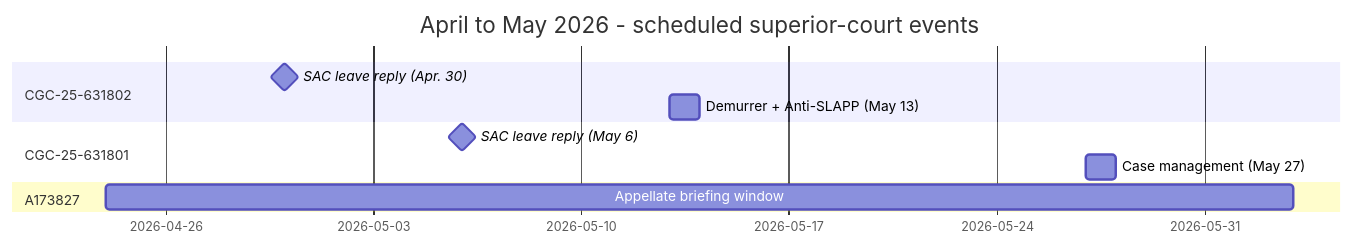
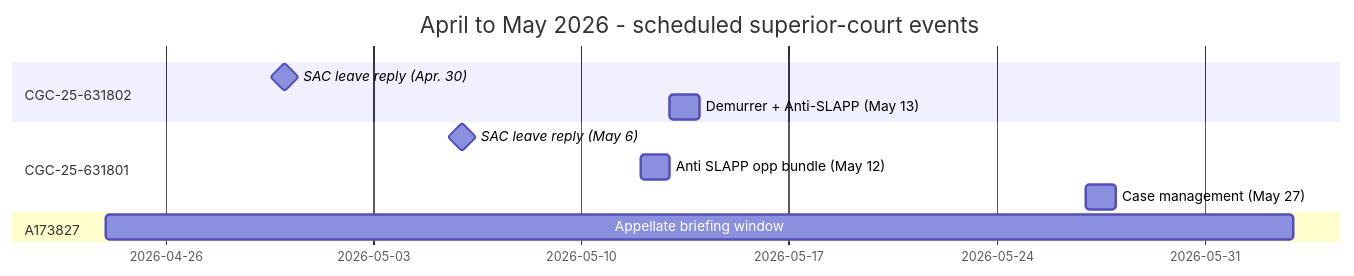
The first of 3 diagrams in README.md (Municipal-Public-Trust-in-A-i/CSAA-ABDELHALIM-WONG-PSA-CSK), drawn with Mermaid before and after one commit. The commit also changed other lines of this file and 31 other files, not shown here.

````diff
--- a/README.md
+++ b/README.md
@@ -200,13 +204,14 @@
 ```mermaid
 gantt
     title April to May 2026 - scheduled superior-court events
     dateFormat YYYY-MM-DD
     section CGC-25-631802
     SAC leave reply (Apr. 30)        :milestone, m802a, 2026-04-30, 0d
     Demurrer + Anti-SLAPP (May 13)   :m802b, 2026-05-13, 1d
     section CGC-25-631801
     SAC leave reply (May 6)          :milestone, m801a, 2026-05-06, 0d
+    Anti SLAPP opp bundle (May 12)    :m801c, 2026-05-12, 1d
     Case management (May 27)         :m801b, 2026-05-27, 1d
     section A173827
     Appellate briefing window        :a173, 2026-04-24, 40d
 ```
````
